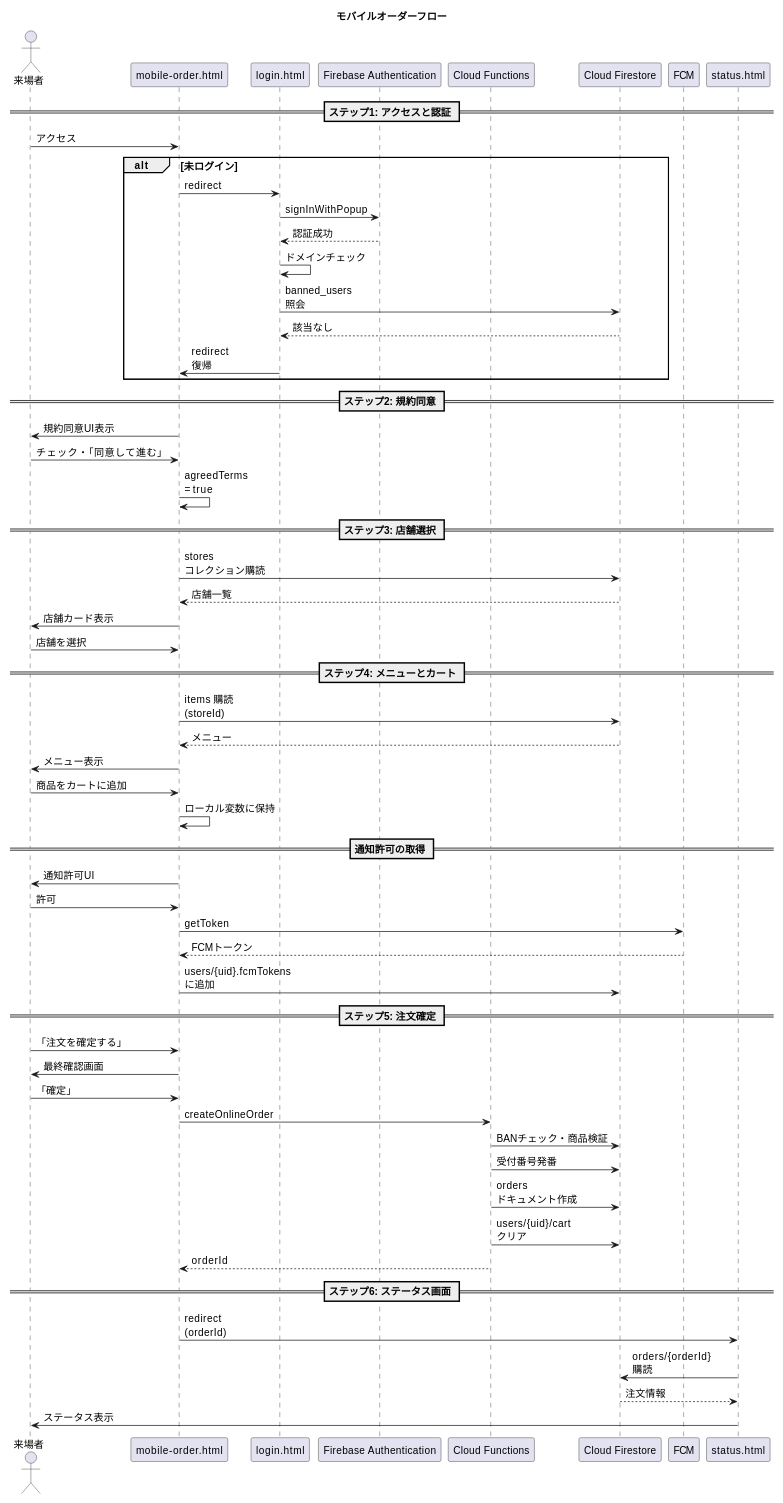
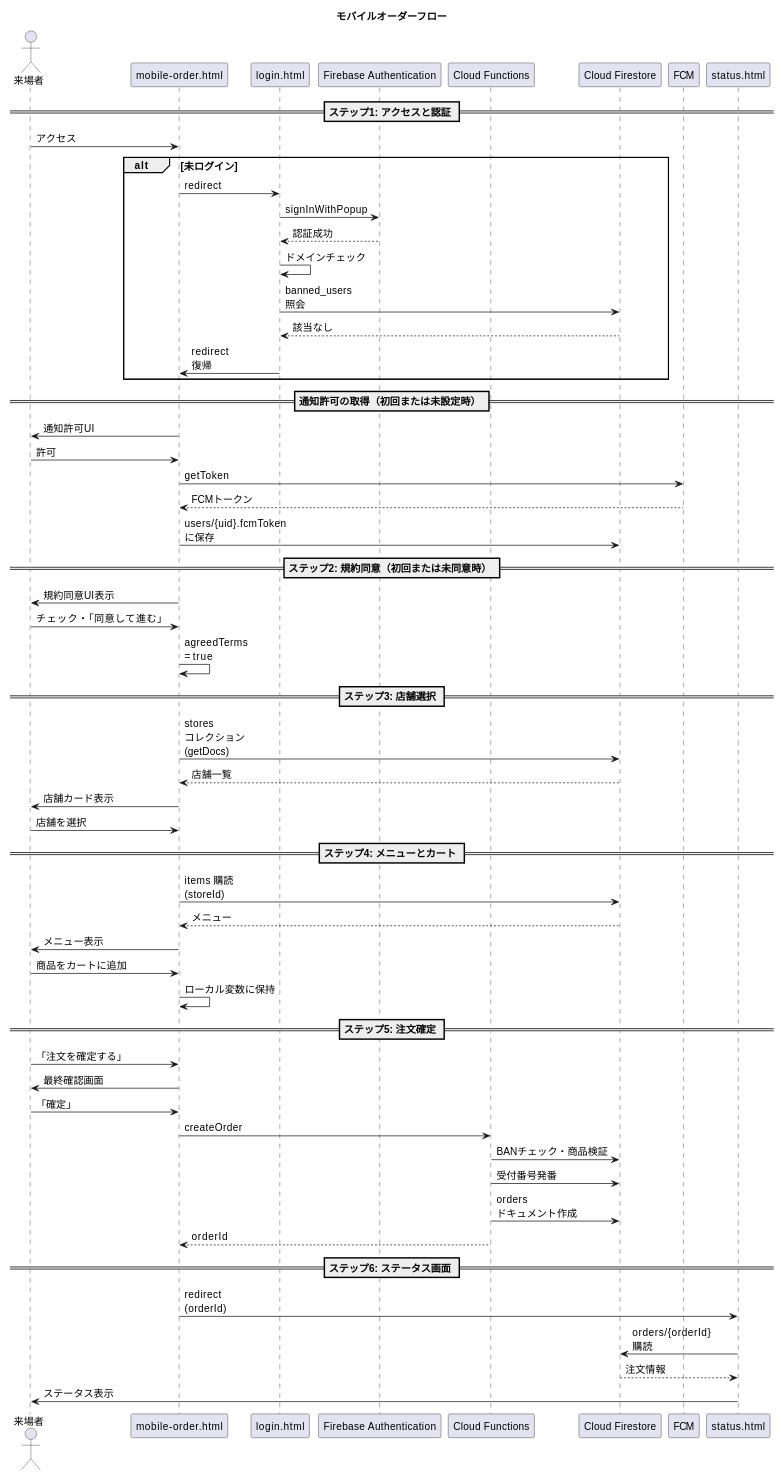
One commit to ynr-cs/nanryosai2026 changed the first of 3 diagrams in 設計図/sandbox/第6章.md. Above: the diagram before and after it, drawn with PlantUML. The commit also changed other lines of this file and 2 other files, not shown here.

````diff
--- a/設計図/sandbox/第6章.md
+++ b/設計図/sandbox/第6章.md
@@ -223,73 +219,72 @@
 ```plantuml
 @startuml mobile_order_flow
 title モバイルオーダーフロー
 
 scale 800 width
 skinparam defaultFontSize 14
 skinparam maxMessageSize 80
 
 actor 来場者 as Visitor
 participant "mobile-order.html" as MobileApp
 participant "login.html" as Login
 participant "Firebase Authentication" as Auth
 participant "Cloud Functions" as Functions
 participant "Cloud Firestore" as Firestore
 participant "FCM" as FCM
 participant "status.html" as Status
 
 == ステップ1: アクセスと認証 ==
 Visitor -> MobileApp: アクセス
 alt 未ログイン
     MobileApp -> Login: redirect
     Login -> Auth: signInWithPopup
     Auth --> Login: 認証成功
     Login -> Login: ドメインチェック
     Login -> Firestore: banned_users 照会
     Firestore --> Login: 該当なし
     Login -> MobileApp: redirect 復帰
 end
 
-== ステップ2: 規約同意 ==
+== 通知許可の取得（初回または未設定時） ==
+MobileApp -> Visitor: 通知許可UI
+Visitor -> MobileApp: 許可
+MobileApp -> FCM: getToken
+FCM --> MobileApp: FCMトークン
+MobileApp -> Firestore: users/{uid}.fcmToken に保存
+
+== ステップ2: 規約同意（初回または未同意時） ==
 MobileApp -> Visitor: 規約同意UI表示
 Visitor -> MobileApp: チェック・「同意して進む」
 MobileApp -> MobileApp: agreedTerms = true
 
 == ステップ3: 店舗選択 ==
-MobileApp -> Firestore: stores コレクション購読
+MobileApp -> Firestore: stores コレクション (getDocs)
 Firestore --> MobileApp: 店舗一覧
 MobileApp -> Visitor: 店舗カード表示
 Visitor -> MobileApp: 店舗を選択
 
 == ステップ4: メニューとカート ==
 MobileApp -> Firestore: items 購読 (storeId)
 Firestore --> MobileApp: メニュー
 MobileApp -> Visitor: メニュー表示
 Visitor -> MobileApp: 商品をカートに追加
 MobileApp -> MobileApp: ローカル変数に保持
 
-== 通知許可の取得 ==
-MobileApp -> Visitor: 通知許可UI
-Visitor -> MobileApp: 許可
-MobileApp -> FCM: getToken
-FCM --> MobileApp: FCMトークン
-MobileApp -> Firestore: users/{uid}.fcmTokens に追加
-
 == ステップ5: 注文確定 ==
 Visitor -> MobileApp: 「注文を確定する」
 MobileApp -> Visitor: 最終確認画面
 Visitor -> MobileApp: 「確定」
-MobileApp -> Functions: createOnlineOrder
+MobileApp -> Functions: createOrder
 Functions -> Firestore: BANチェック・商品検証
 Functions -> Firestore: 受付番号発番
 Functions -> Firestore: orders ドキュメント作成
-Functions -> Firestore: users/{uid}/cart クリア
 Functions --> MobileApp: orderId
 
 == ステップ6: ステータス画面 ==
 MobileApp -> Status: redirect (orderId)
 Status -> Firestore: orders/{orderId} 購読
 Firestore --> Status: 注文情報
 Status -> Visitor: ステータス表示
 
 @enduml
 ```
````
